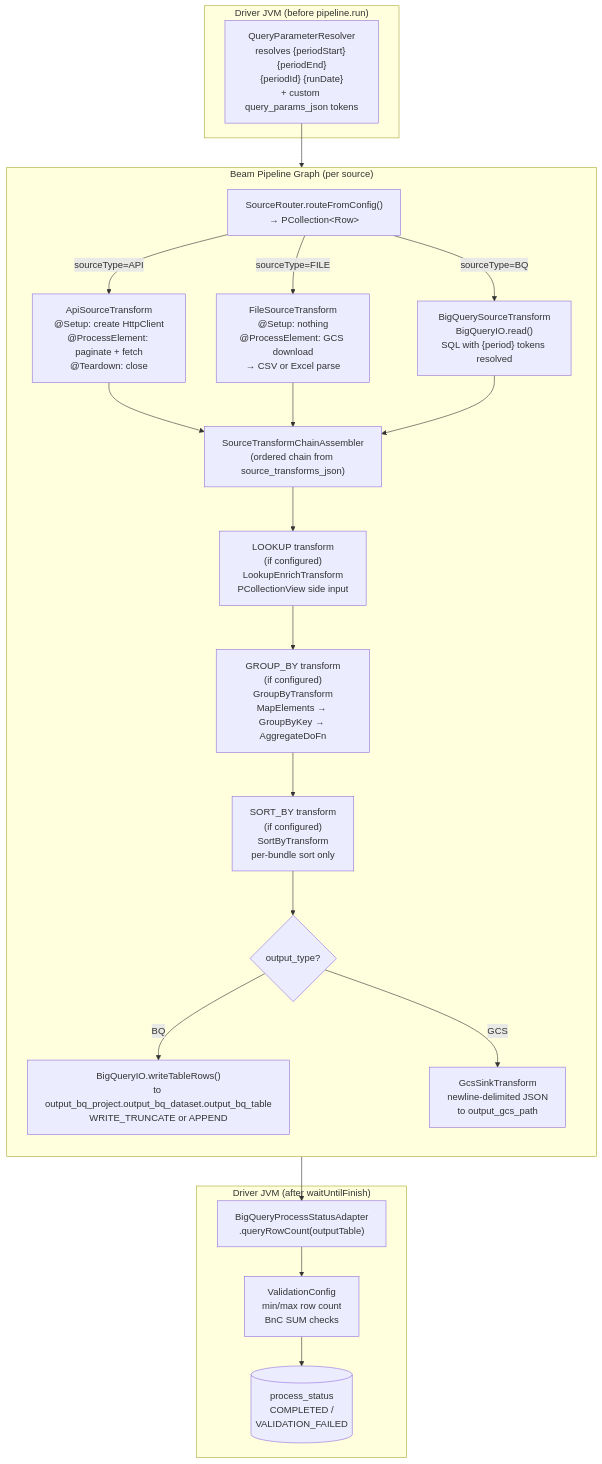
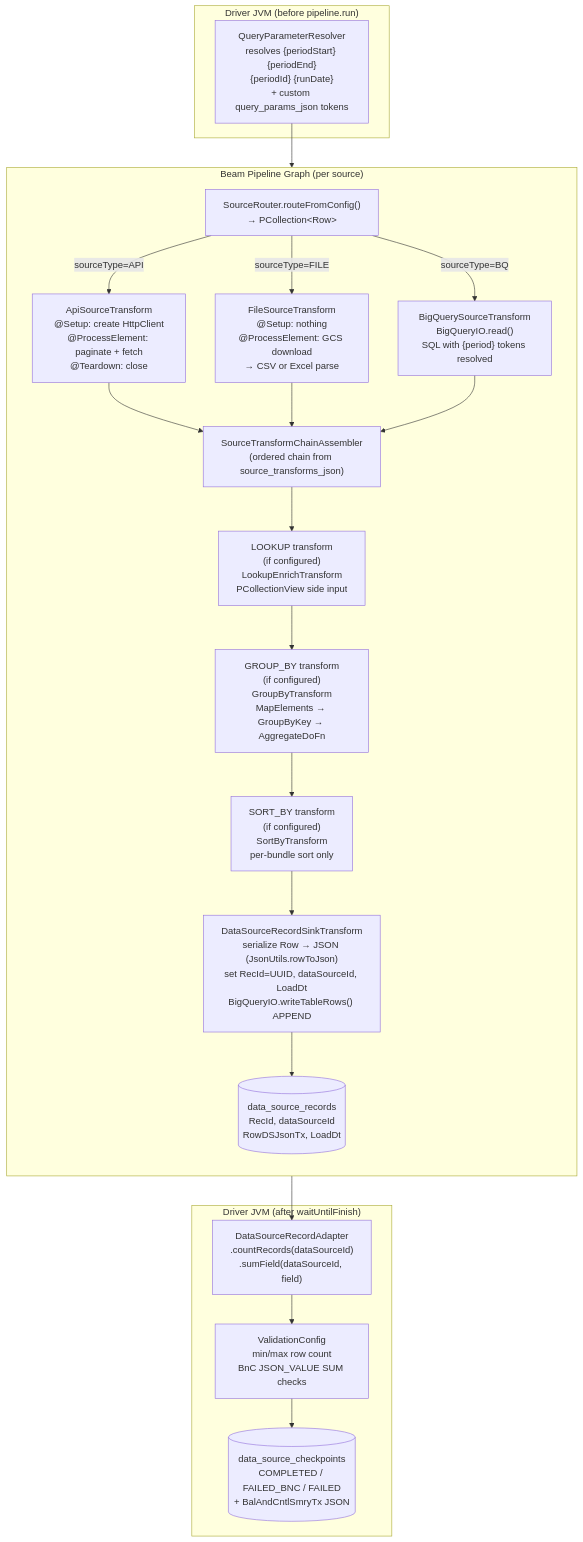
The fourth of 13 diagrams in WALKTHROUGH.md (tushark-16bit/beam_framework), drawn with Mermaid before and after one commit. The commit also changed other lines of this file and 26 other files, not shown here.

````diff
--- a/WALKTHROUGH.md
+++ b/WALKTHROUGH.md
@@ -135,34 +133,33 @@
 ```mermaid
 flowchart TD
     subgraph "Beam Pipeline Graph (per source)"
         direction TB
         A["SourceRouter.routeFromConfig()\n→ PCollection&lt;Row&gt;"]
 
         A -->|sourceType=API| B1["ApiSourceTransform\n@Setup: create HttpClient\n@ProcessElement: paginate + fetch\n@Teardown: close"]
         A -->|sourceType=FILE| B2["FileSourceTransform\n@Setup: nothing\n@ProcessElement: GCS download\n→ CSV or Excel parse"]
         A -->|sourceType=BQ| B3["BigQuerySourceTransform\nBigQueryIO.read()\nSQL with {period} tokens resolved"]
 
         B1 --> C["SourceTransformChainAssembler\n(ordered chain from source_transforms_json)"]
         B2 --> C
         B3 --> C
 
         C --> D1["LOOKUP transform\n(if configured)\nLookupEnrichTransform\nPCollectionView side input"]
         D1 --> D2["GROUP_BY transform\n(if configured)\nGroupByTransform\nMapElements → GroupByKey → AggregateDoFn"]
         D2 --> D3["SORT_BY transform\n(if configured)\nSortByTransform\nper-bundle sort only"]
 
-        D3 --> E{output_type?}
-        E -->|BQ| F["BigQueryIO.writeTableRows()\nto output_bq_project.output_bq_dataset.output_bq_table\nWRITE_TRUNCATE or APPEND"]
-        E -->|GCS| G["GcsSinkTransform\nnewline-delimited JSON\nto output_gcs_path"]
+        D3 --> F["DataSourceRecordSinkTransform\nserialize Row → JSON (JsonUtils.rowToJson)\nset RecId=UUID, dataSourceId, LoadDt\nBigQueryIO.writeTableRows() APPEND"]
+        F --> RecTab[("data_source_records\nRecId, dataSourceId\nRowDSJsonTx, LoadDt")]
     end
 
     subgraph "Driver JVM (before pipeline.run)"
         H["QueryParameterResolver\nresolves {periodStart} {periodEnd}\n{periodId} {runDate}\n+ custom query_params_json tokens"]
         H --> A
     end
 
     subgraph "Driver JVM (after waitUntilFinish)"
-        F --> I["BigQueryProcessStatusAdapter\n.queryRowCount(outputTable)"]
-        I --> J["ValidationConfig\nmin/max row count\nBnC SUM checks"]
-        J --> K[("process_status\nCOMPLETED /\nVALIDATION_FAILED")]
+        RecTab --> I["DataSourceRecordAdapter\n.countRecords(dataSourceId)\n.sumField(dataSourceId, field)"]
+        I --> J["ValidationConfig\nmin/max row count\nBnC JSON_VALUE SUM checks"]
+        J --> K[("data_source_checkpoints\nCOMPLETED / FAILED_BNC / FAILED\n+ BalAndCntlSmryTx JSON")]
     end
 ```
````
